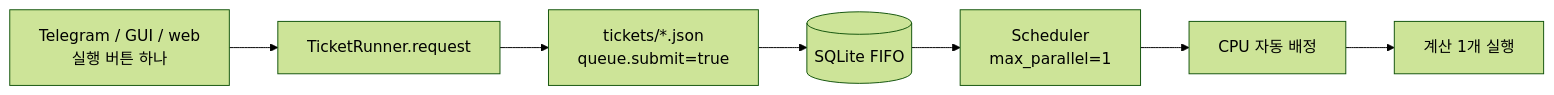
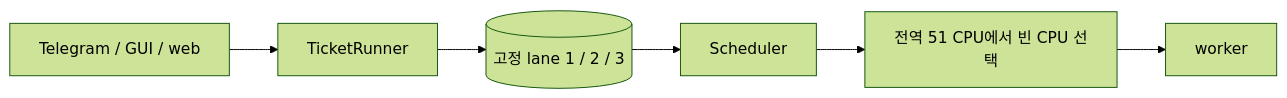
The first of 4 diagrams in docs/history/2026-10-06-capacity-aware-parallel-execution.md (jo0n-lab/cfd-bot), drawn with Mermaid (forest theme) before and after one commit. The commit also changed other lines of this file and 57 other files, not shown here.

````diff
--- a/docs/history/2026-10-06-capacity-aware-parallel-execution.md
+++ b/docs/history/2026-10-06-capacity-aware-parallel-execution.md
@@ -11,9 +11,8 @@
 ```mermaid
 flowchart LR
-    UI[Telegram / GUI / web\n실행 버튼 하나] --> R[TicketRunner.request]
-    R --> Q[tickets/*.json\nqueue.submit=true]
-    Q --> DB[(SQLite FIFO)]
-    DB --> S[Scheduler\nmax_parallel=1]
-    S --> A[CPU 자동 배정]
-    A --> W[계산 1개 실행]
+    U[Telegram / GUI / web] --> R[TicketRunner]
+    R --> L[(고정 lane 1 / 2 / 3)]
+    L --> S[Scheduler]
+    S --> G[전역 51 CPU에서 빈 CPU 선택]
+    G --> W[worker]
 ```
````
